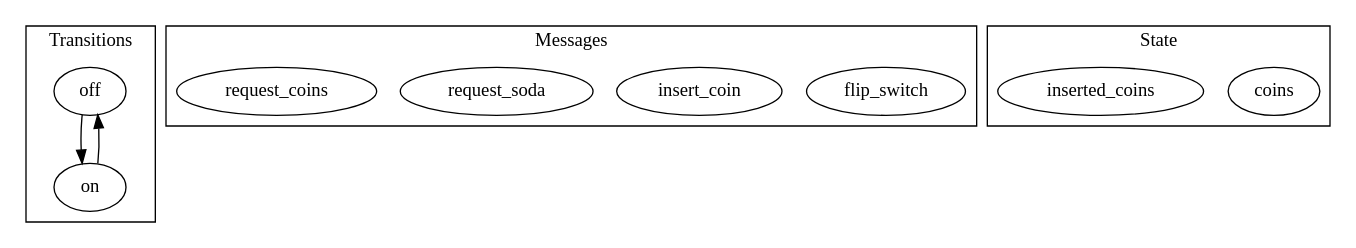
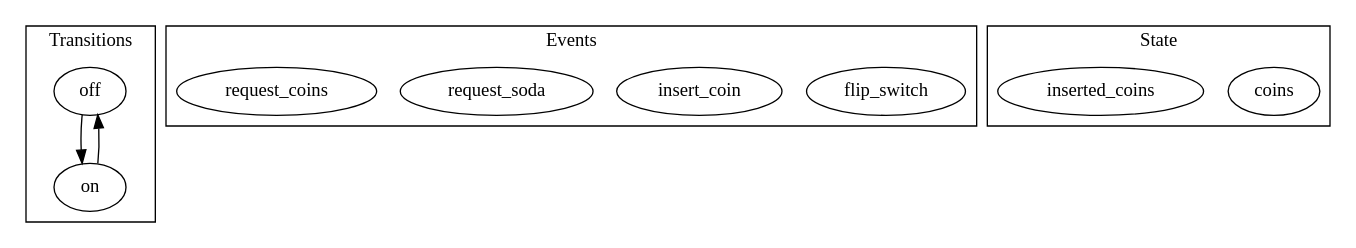
One commit to chiroptical/reminder changed the diagram in diagrams/vending-machine.dot. Above: the diagram before and after it, drawn with Graphviz. The commit also changed 2 other files, not shown here.

```diff
--- a/diagrams/vending-machine.dot
+++ b/diagrams/vending-machine.dot
@@ -1,27 +1,27 @@
 digraph {
   subgraph cluster_0 {
     label = "Transitions"
     off -> on // turn the vending machine on
     on -> off // turn the vending machine off
   }
 
   subgraph cluster_1 {
-    label = "Messages"
+    label = "Events"
     flip_switch
     insert_coin
     request_soda // either gets a soda, or tells you how much a soda is
     request_coins
   }
 
   subgraph cluster_2 {
     label = "State"
     coins // we only need some nickels in the machine to start
     inserted_coins // coins inserted by customer
     // Note: we only have to make change if someone uses quarters and dimes
     //       may end up with $1.55 in the machine, need to dispense a nickel
     // Note: the vending machine should display a light if it can't make change
   }
 }
 
 // A soda costs 1.50
 // 25, 10, 5
```
